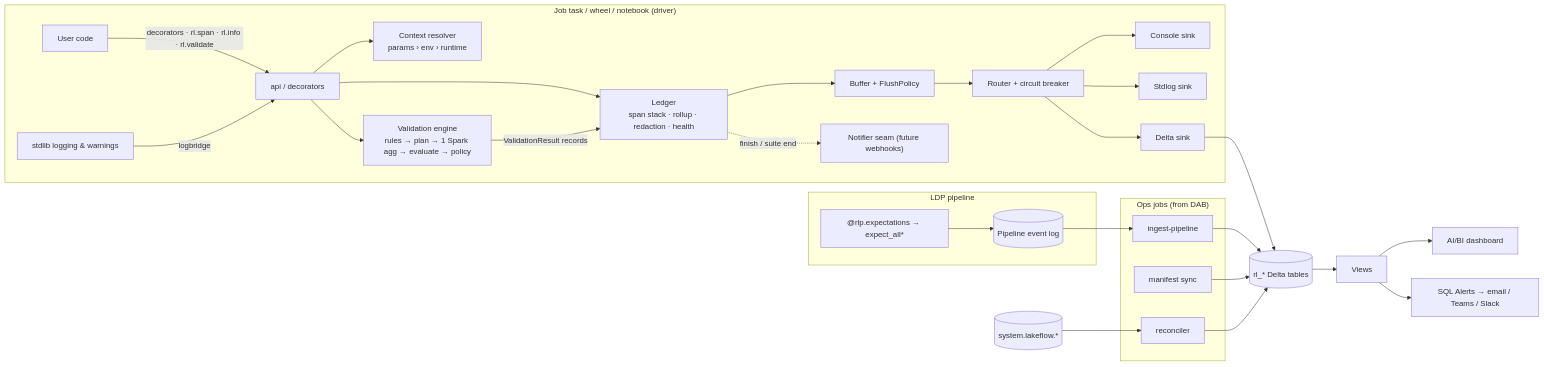
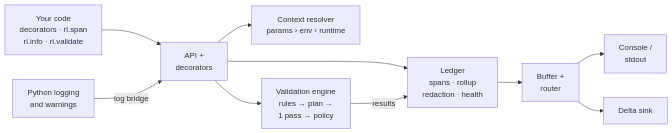
Before and after one commit to arbaizam/lakehouse_runledger: the second of 29 diagrams in docs/design.md, drawn with Mermaid. The commit also changed other lines of this file and 4 other files, not shown here.

````diff
--- a/docs/design.md
+++ b/docs/design.md
@@ -105,29 +219,12 @@
 ```mermaid
 flowchart LR
-  subgraph Task["Job task / wheel / notebook (driver)"]
-    UC[User code] -->|"decorators · rl.span · rl.info · rl.validate"| API[api / decorators]
-    LOG[stdlib logging & warnings] -->|logbridge| API
-    API --> CTX[Context resolver<br/>params › env › runtime]
-    API --> LED[Ledger<br/>span stack · rollup · redaction · health]
-    API --> VAL[Validation engine<br/>rules → plan → 1 Spark agg → evaluate → policy]
-    VAL -->|ValidationResult records| LED
-    LED --> BUF[Buffer + FlushPolicy]
-    BUF --> RT[Router + circuit breaker]
-    RT --> CON[Console sink]
-    RT --> STD[Stdlog sink]
-    RT --> DS[Delta sink]
-    LED -. "finish / suite end" .-> NOT["Notifier seam (future webhooks)"]
-  end
-  subgraph Pipe["LDP pipeline"]
-    EXP["@rlp.expectations → expect_all*"] --> EVL[(Pipeline event log)]
-  end
-  subgraph Ops["Ops jobs (from DAB)"]
-    SYNC[manifest sync] ; REC[reconciler] ; ING[ingest-pipeline]
-  end
-  DS --> T[(rl_* Delta tables)]
-  EVL --> ING --> T
-  SYNC --> T
-  REC --> T
-  SYS[(system.lakeflow.*)] --> REC
-  T --> V[Views] --> DASH[AI/BI dashboard] & AL[SQL Alerts → email / Teams / Slack]
+  UC["Your code<br/>decorators · rl.span<br/>rl.info · rl.validate"] --> API["API +<br/>decorators"]
+  LOG["Python logging<br/>and warnings"] -->|log bridge| API
+  API --> CTX["Context resolver<br/>params › env › runtime"]
+  API --> VAL["Validation engine<br/>rules → plan →<br/>1 pass → policy"]
+  API --> LED["Ledger<br/>spans · rollup<br/>redaction · health"]
+  VAL -->|results| LED
+  LED --> BUF["Buffer +<br/>router"]
+  BUF --> CON["Console /<br/>stdout"]
+  BUF --> DS["Delta sink"]
 ```
````
